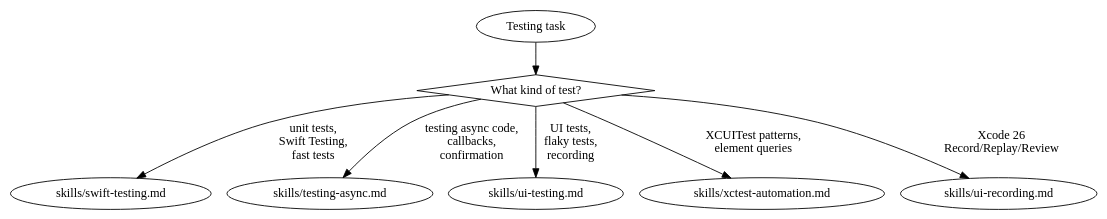
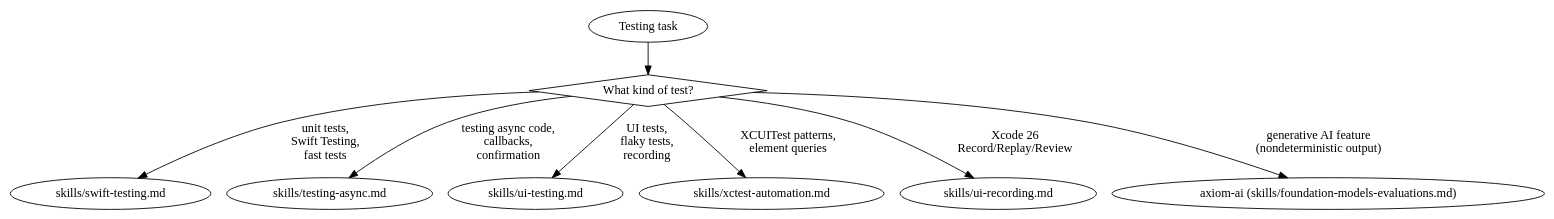
The diagram in .agents/skills/axiom-testing/SKILL.md (BasixKOR/automic-vault), drawn with Graphviz before and after one commit. The commit also changed other lines of this file and 142 other files, not shown here.

````diff
--- a/.agents/skills/axiom-testing/SKILL.md
+++ b/.agents/skills/axiom-testing/SKILL.md
@@ -37,13 +47,14 @@
 ```dot
 digraph testing {
     start [label="Testing task" shape=ellipse];
     what [label="What kind of test?" shape=diamond];
 
     start -> what;
     what -> "skills/swift-testing.md" [label="unit tests,\nSwift Testing,\nfast tests"];
     what -> "skills/testing-async.md" [label="testing async code,\ncallbacks,\nconfirmation"];
     what -> "skills/ui-testing.md" [label="UI tests,\nflaky tests,\nrecording"];
     what -> "skills/xctest-automation.md" [label="XCUITest patterns,\nelement queries"];
     what -> "skills/ui-recording.md" [label="Xcode 26\nRecord/Replay/Review"];
+    what -> "axiom-ai (skills/foundation-models-evaluations.md)" [label="generative AI feature\n(nondeterministic output)"];
 }
 ```
````
